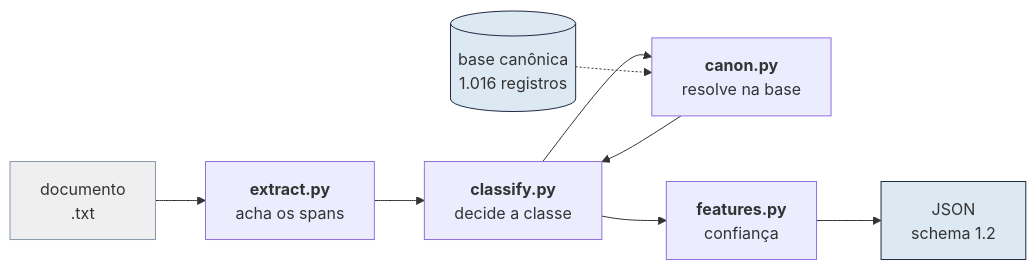
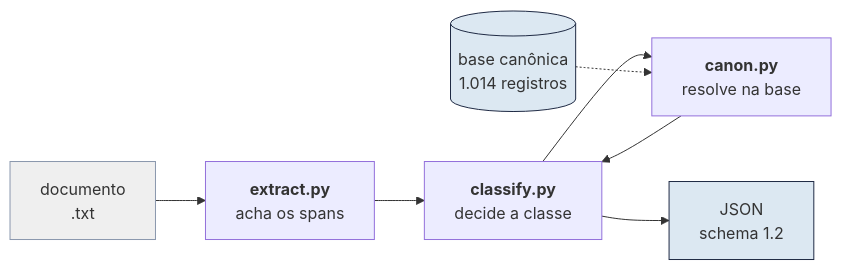
One commit to CristhianKapelinski/baqueano-jus changed the second of 4 diagrams in README.md. Above: the diagram before and after it, drawn with Mermaid. The commit also changed other lines of this file and 10 other files, not shown here.

````diff
--- a/README.md
+++ b/README.md
@@ -104,14 +115,13 @@
 ```mermaid
 flowchart LR
     T["documento<br/>.txt"] --> E["<b>extract.py</b><br/>acha os spans"]
     E --> C["<b>classify.py</b><br/>decide a classe"]
     C --> N["<b>canon.py</b><br/>resolve na base"]
     N --> C
-    C --> F["<b>features.py</b><br/>confiança"]
-    F --> J["JSON<br/>schema 1.2"]
-    B[("base canônica<br/>1.016 registros")] -.-> N
+    C --> J["JSON<br/>schema 1.2"]
+    B[("base canônica<br/>1.014 registros")] -.-> N
 
     style T fill:#EFEFEF,stroke:#8A97AD
     style J fill:#DCE8F2,stroke:#1F2A44
     style B fill:#DCE8F2,stroke:#1F2A44
 ```
````
